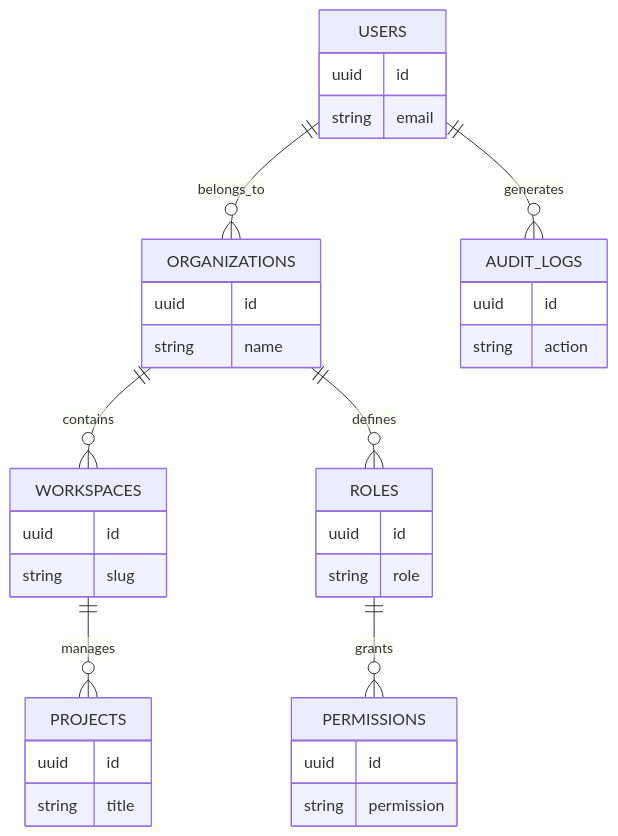
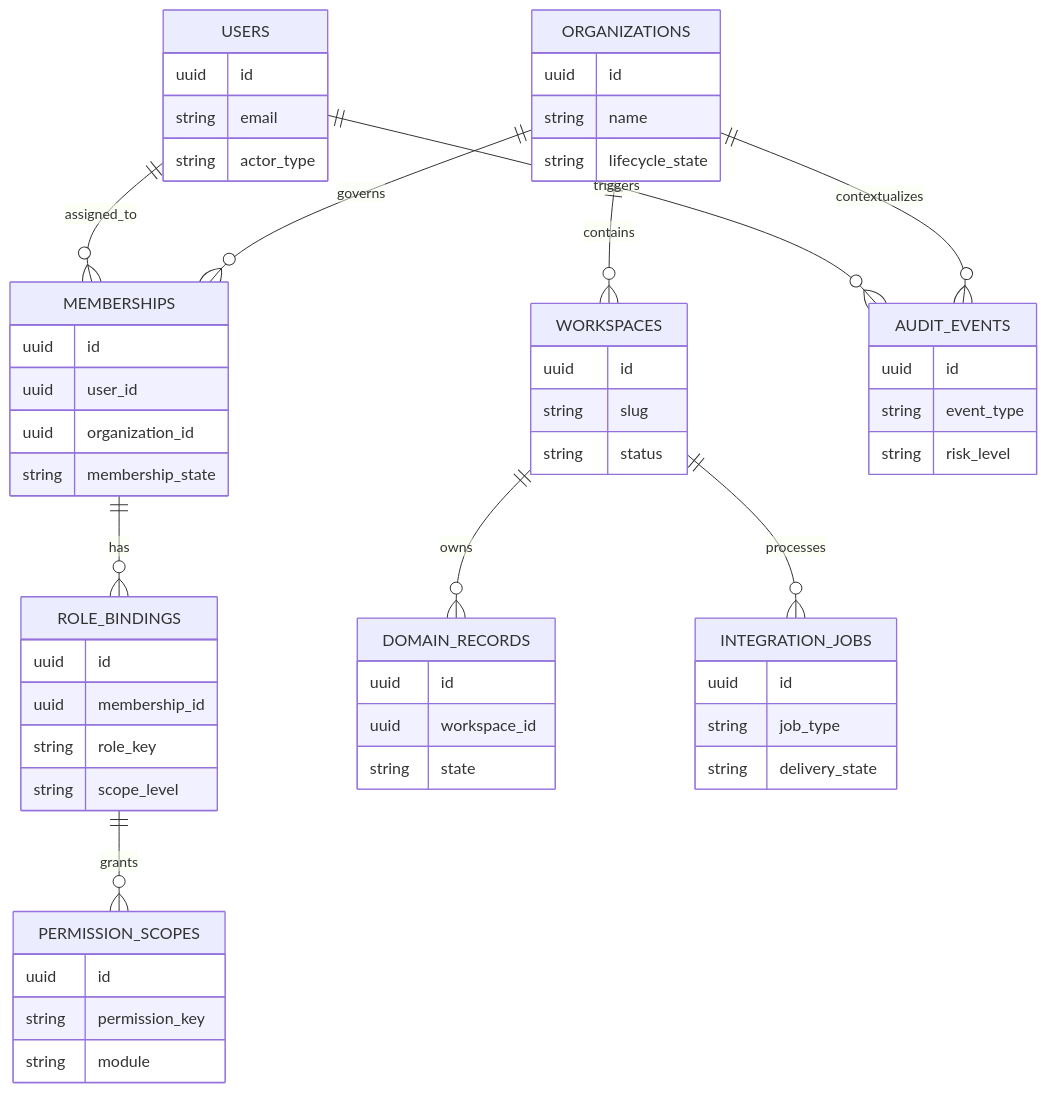
Before and after one commit to Ahsankhalid618/multi-tenant-saas-architecture: the diagram in diagrams/database-relations.md, drawn with Mermaid. The commit also changed other lines of this file and 20 other files, not shown here.

````diff
--- a/diagrams/database-relations.md
+++ b/diagrams/database-relations.md
@@ -3,45 +3,69 @@
 ```mermaid
 erDiagram
 
-USERS ||--o{ ORGANIZATIONS : belongs_to
+USERS ||--o{ MEMBERSHIPS : assigned_to
 ORGANIZATIONS ||--o{ WORKSPACES : contains
-WORKSPACES ||--o{ PROJECTS : manages
-ORGANIZATIONS ||--o{ ROLES : defines
-ROLES ||--o{ PERMISSIONS : grants
-USERS ||--o{ AUDIT_LOGS : generates
+ORGANIZATIONS ||--o{ MEMBERSHIPS : governs
+MEMBERSHIPS ||--o{ ROLE_BINDINGS : has
+ROLE_BINDINGS ||--o{ PERMISSION_SCOPES : grants
+WORKSPACES ||--o{ DOMAIN_RECORDS : owns
+USERS ||--o{ AUDIT_EVENTS : triggers
+ORGANIZATIONS ||--o{ AUDIT_EVENTS : contextualizes
+WORKSPACES ||--o{ INTEGRATION_JOBS : processes
 
 USERS {
   uuid id
   string email
+  string actor_type
 }
 
 ORGANIZATIONS {
   uuid id
   string name
+  string lifecycle_state
 }
 
 WORKSPACES {
   uuid id
   string slug
+  string status
 }
 
-PROJECTS {
+MEMBERSHIPS {
   uuid id
-  string title
+  uuid user_id
+  uuid organization_id
+  string membership_state
 }
 
-ROLES {
+ROLE_BINDINGS {
   uuid id
-  string role
+  uuid membership_id
+  string role_key
+  string scope_level
 }
 
-PERMISSIONS {
+PERMISSION_SCOPES {
   uuid id
-  string permission
+  string permission_key
+  string module
 }
 
-AUDIT_LOGS {
+DOMAIN_RECORDS {
   uuid id
-  string action
+  uuid workspace_id
+  string state
+}
+
+AUDIT_EVENTS {
+  uuid id
+  string event_type
+  string risk_level
+}
+
+INTEGRATION_JOBS {
+  uuid id
+  string job_type
+  string delivery_state
 }
 ```
````
